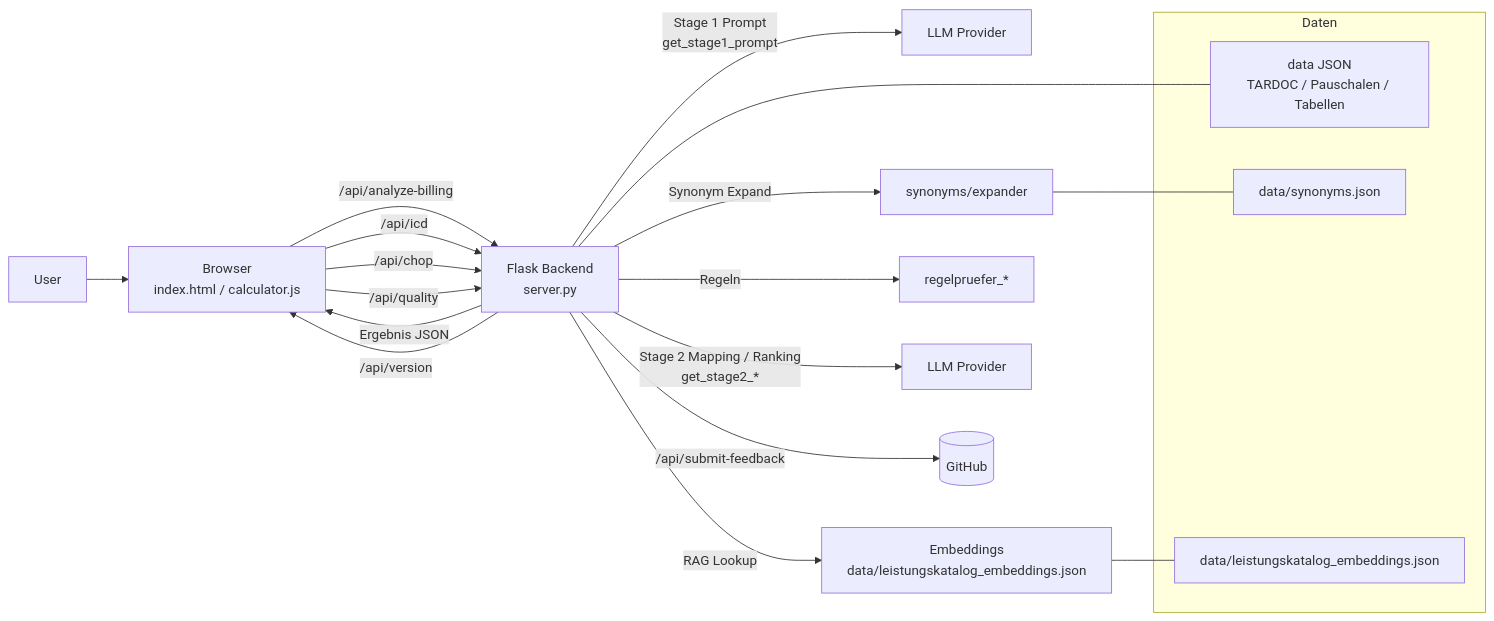
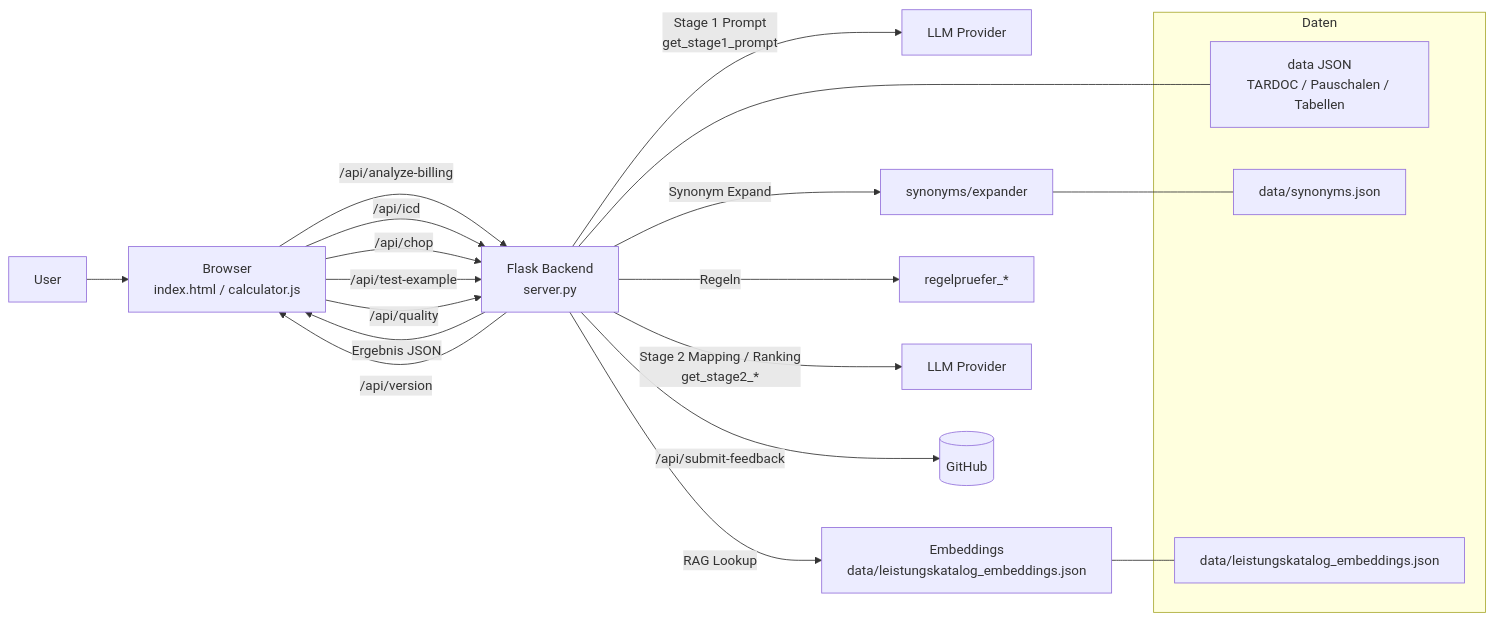
The first of 2 diagrams in doku/DOKU_TECHNIK.md (BeatArnet/Arzttarif-Assistent), drawn with Mermaid before and after one commit. The commit also changed other lines of this file and 35 other files, not shown here.

````diff
--- a/doku/DOKU_TECHNIK.md
+++ b/doku/DOKU_TECHNIK.md
@@ -5,25 +5,26 @@
 ```mermaid
 flowchart LR
   U[User] --> B[Browser<br/>index.html / calculator.js]
   B -->|/api/analyze-billing| S[Flask Backend<br/>server.py]
   B -->|/api/icd| S
   B -->|/api/chop| S
+  B -->|/api/test-example| S
   B -->|/api/quality| S
   S -->|Stage 1 Prompt<br/>get_stage1_prompt| L1[LLM Provider]
   S -->|Synonym Expand| SY[synonyms/expander]
   S -->|RAG Lookup| R[Embeddings<br/>data/leistungskatalog_embeddings.json]
   S -->|Regeln| P[regelpruefer_*]
   S -->|Stage 2 Mapping / Ranking<br/>get_stage2_*| L2[LLM Provider]
   S -->|Ergebnis JSON| B
   S -->|/api/version| B
   S -->|/api/submit-feedback| G[(GitHub)]
 
   subgraph Daten
     D1["data JSON<br/>TARDOC / Pauschalen / Tabellen"]
     D2[data/synonyms.json]
     D3[data/leistungskatalog_embeddings.json]
   end
   S --- D1
   SY --- D2
   R --- D3
 ```
````
